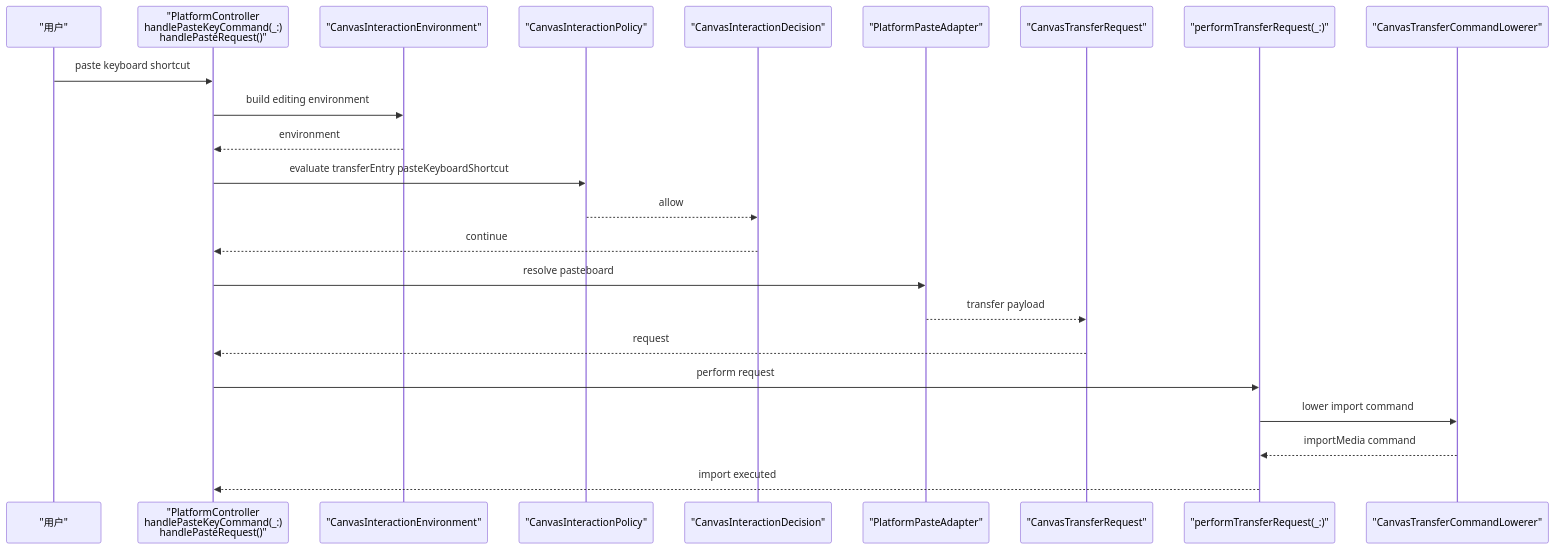
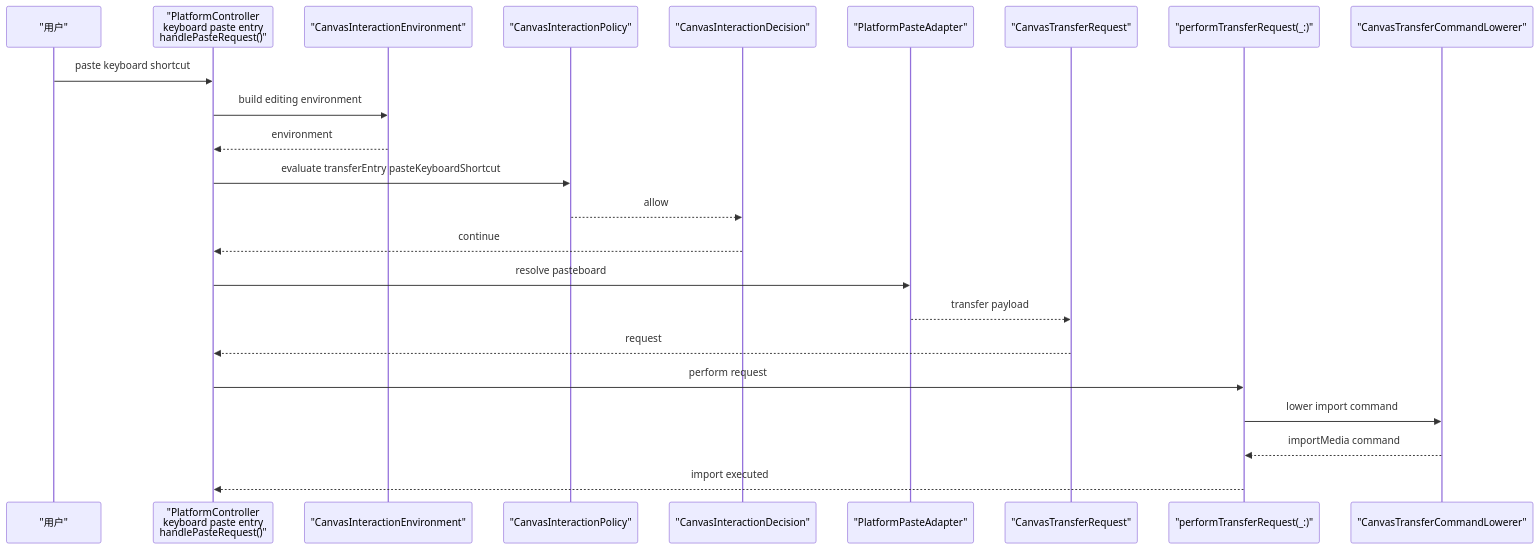
Before and after one commit to ShaunCheh/MyCanvas_Ver_0: the second of 7 diagrams in .cursor/plans/方案4输入意图收敛_b466a267.plan.md, drawn with Mermaid. The commit also changed other lines of this file, not shown here.

````diff
--- a/.cursor/plans/方案4输入意图收敛_b466a267.plan.md
+++ b/.cursor/plans/方案4输入意图收敛_b466a267.plan.md
@@ -84,27 +172,27 @@
 ```mermaid
 %% .cursor/plans/方案4输入意图收敛_b466a267.plan.md
 sequenceDiagram
     participant User as "用户"
-    participant PlatformController as "PlatformController<br/>handlePasteKeyCommand(_:)<br/>handlePasteRequest()"
+    participant PlatformController as "PlatformController<br/>keyboard paste entry<br/>handlePasteRequest()"
     participant Environment as "CanvasInteractionEnvironment"
     participant Policy as "CanvasInteractionPolicy"
     participant Decision as "CanvasInteractionDecision"
     participant Adapter as "PlatformPasteAdapter"
     participant TransferRequest as "CanvasTransferRequest"
     participant TransferExecutor as "performTransferRequest(_:)"
     participant Lowerer as "CanvasTransferCommandLowerer"
 
     User->>PlatformController: paste keyboard shortcut
     PlatformController->>Environment: build editing environment
     Environment-->>PlatformController: environment
     PlatformController->>Policy: evaluate transferEntry pasteKeyboardShortcut
     Policy-->>Decision: allow
     Decision-->>PlatformController: continue
     PlatformController->>Adapter: resolve pasteboard
     Adapter-->>TransferRequest: transfer payload
     TransferRequest-->>PlatformController: request
     PlatformController->>TransferExecutor: perform request
     TransferExecutor->>Lowerer: lower import command
     Lowerer-->>TransferExecutor: importMedia command
     TransferExecutor-->>PlatformController: import executed
 ```
````
